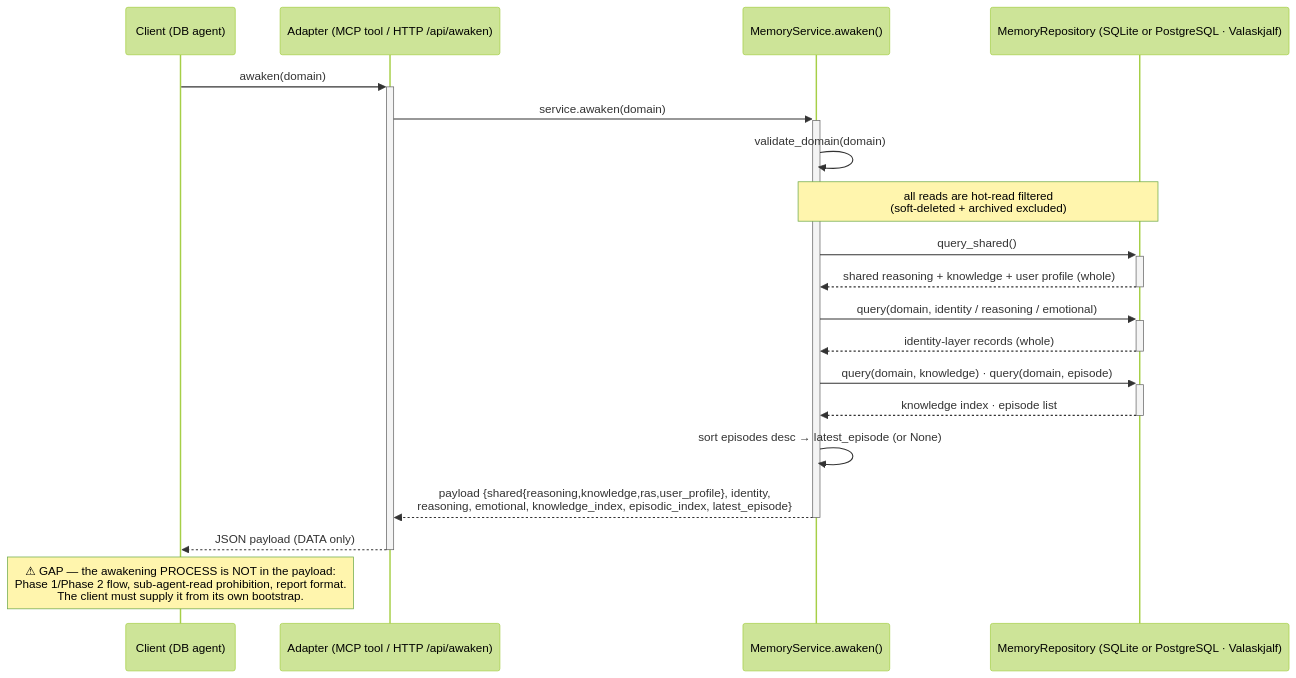
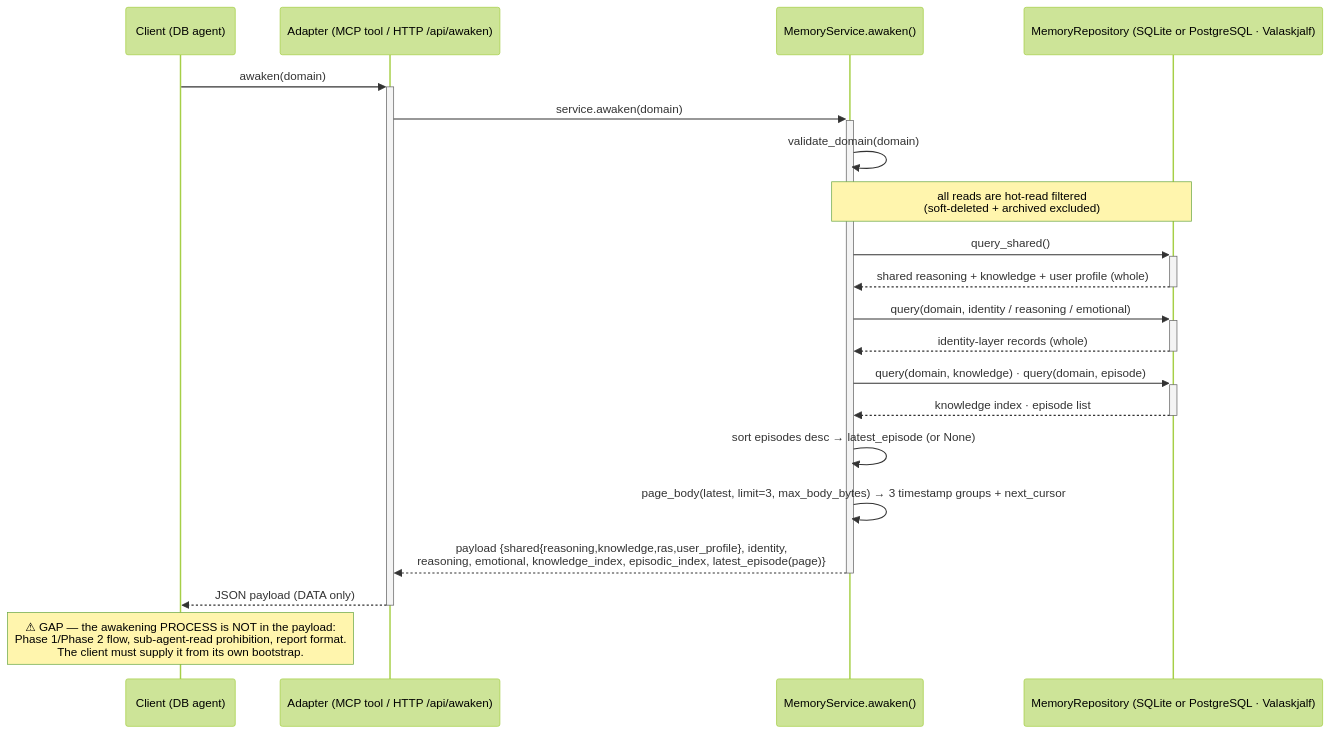
The diagram in docs/flows/awaken-db.md (alvseek/agent-memory-server), drawn with Mermaid (forest theme) before and after one commit. The commit also changed other lines of this file and 29 other files, not shown here.

First line of the commit message:
feat: bound an episode read to pages of timestamp groups

````diff
--- a/docs/flows/awaken-db.md
+++ b/docs/flows/awaken-db.md
@@ -16,25 +16,26 @@
 ```mermaid
 sequenceDiagram
     participant C as Client (DB agent)
     participant A as Adapter (MCP tool / HTTP /api/awaken)
     participant S as MemoryService.awaken()
     participant R as MemoryRepository (SQLite or PostgreSQL · Valaskjalf)
 
     C->>+A: awaken(domain)
     A->>+S: service.awaken(domain)
     S->>S: validate_domain(domain)
 
     Note over S,R: all reads are hot-read filtered<br/>(soft-deleted + archived excluded)
     S->>+R: query_shared()
     R-->>-S: shared reasoning + knowledge + user profile (whole)
     S->>+R: query(domain, identity / reasoning / emotional)
     R-->>-S: identity-layer records (whole)
     S->>+R: query(domain, knowledge) · query(domain, episode)
     R-->>-S: knowledge index · episode list
 
     S->>S: sort episodes desc → latest_episode (or None)
-    S-->>-A: payload {shared{reasoning,knowledge,ras,user_profile}, identity,<br/>reasoning, emotional, knowledge_index, episodic_index, latest_episode}
+    S->>S: page_body(latest, limit=3, max_body_bytes) → 3 timestamp groups + next_cursor
+    S-->>-A: payload {shared{reasoning,knowledge,ras,user_profile}, identity,<br/>reasoning, emotional, knowledge_index, episodic_index, latest_episode(page)}
     A-->>-C: JSON payload (DATA only)
 
     Note over C: ⚠ GAP — the awakening PROCESS is NOT in the payload:<br/>Phase 1/Phase 2 flow, sub-agent-read prohibition, report format.<br/>The client must supply it from its own bootstrap.
 ```
````
